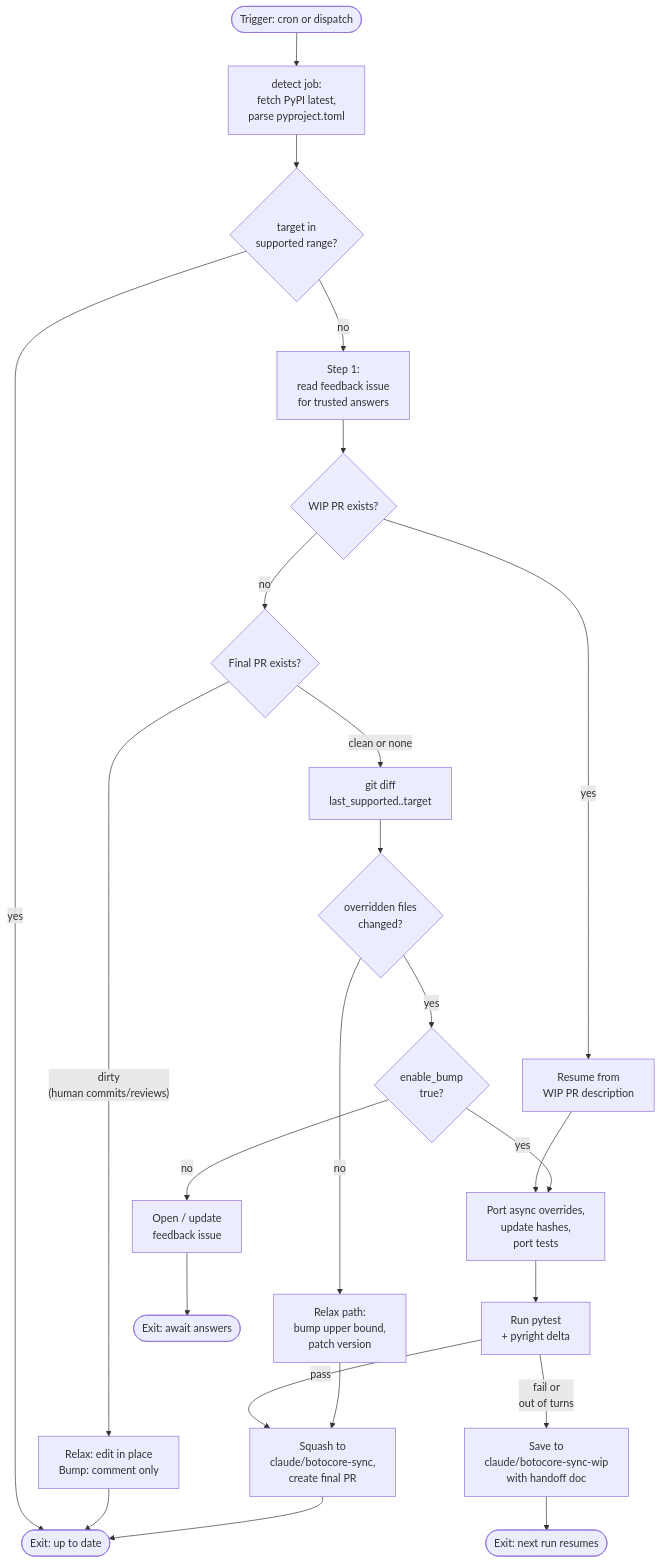
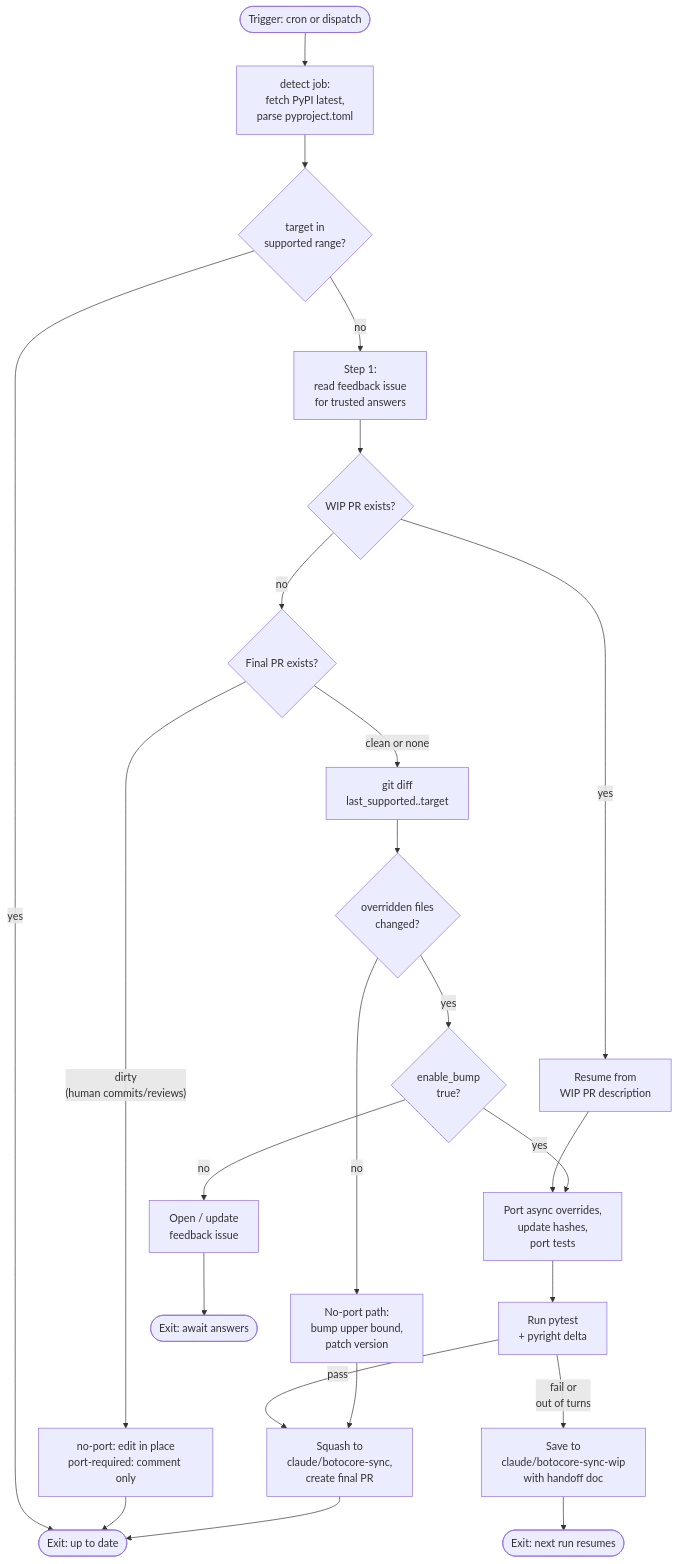
Before and after one commit to aio-libs/aiobotocore: the second of 2 diagrams in docs/ai-workflows.md, drawn with Mermaid. The commit also changed other lines of this file and 9 other files, not shown here.

````diff
--- a/docs/ai-workflows.md
+++ b/docs/ai-workflows.md
@@ -192,27 +197,27 @@
 ```mermaid
 flowchart TD
     start([Trigger: cron or dispatch])
     start --> detect["detect job:<br/>fetch PyPI latest,<br/>parse pyproject.toml"]
     detect --> inrange{target in<br/>supported range?}
     inrange -->|yes| exitOK([Exit: up to date])
     inrange -->|no| step1["Step 1:<br/>read feedback issue<br/>for trusted answers"]
     step1 --> wipCheck{WIP PR exists?}
     wipCheck -->|yes| resume[Resume from<br/>WIP PR description]
     wipCheck -->|no| finalCheck{Final PR exists?}
-    finalCheck -->|"dirty<br/>(human commits/reviews)"| dirty[Relax: edit in place<br/>Bump: comment only]
+    finalCheck -->|"dirty<br/>(human commits/reviews)"| dirty[no-port: edit in place<br/>port-required: comment only]
     finalCheck -->|clean or none| diff["git diff<br/>last_supported..target"]
     resume --> port
     diff --> classify{overridden files<br/>changed?}
-    classify -->|no| relax[Relax path:<br/>bump upper bound,<br/>patch version]
+    classify -->|no| noport[No-port path:<br/>bump upper bound,<br/>patch version]
     classify -->|yes| bumpGate{enable_bump<br/>true?}
     bumpGate -->|no| feedback[Open / update<br/>feedback issue]
     bumpGate -->|yes| port[Port async overrides,<br/>update hashes,<br/>port tests]
     port --> validate["Run pytest<br/>+ pyright delta"]
     validate -->|pass| finalize["Squash to<br/>claude/botocore-sync,<br/>create final PR"]
     validate -->|"fail or<br/>out of turns"| saveWIP[Save to<br/>claude/botocore-sync-wip<br/>with handoff doc]
-    relax --> finalize
+    noport --> finalize
     dirty --> exitOK
     finalize --> exitOK
     feedback --> exitFB([Exit: await answers])
     saveWIP --> exitWIP([Exit: next run resumes])
 ```
````
